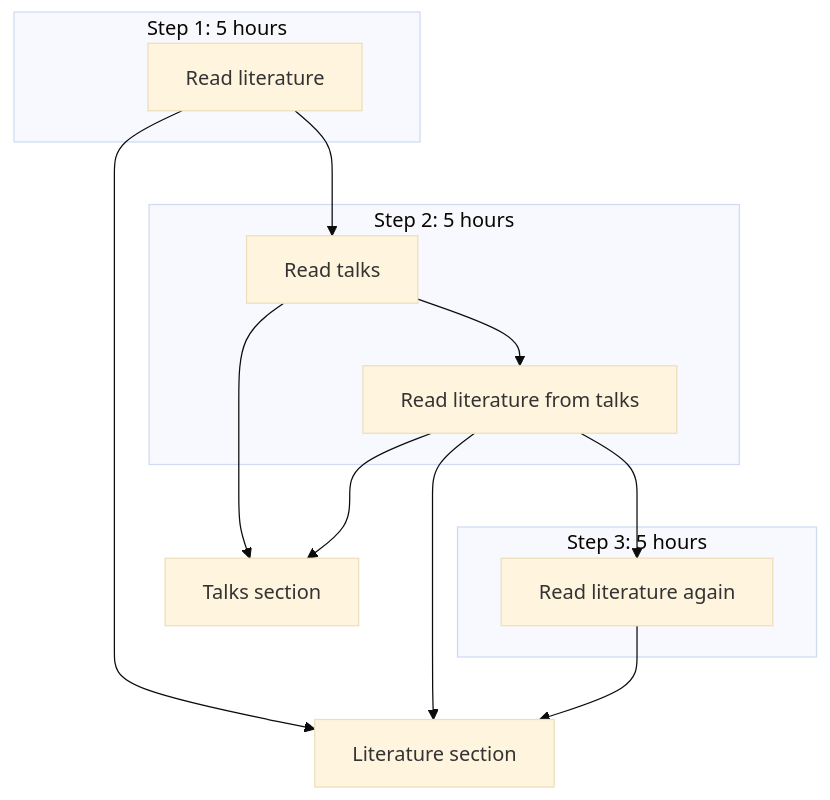
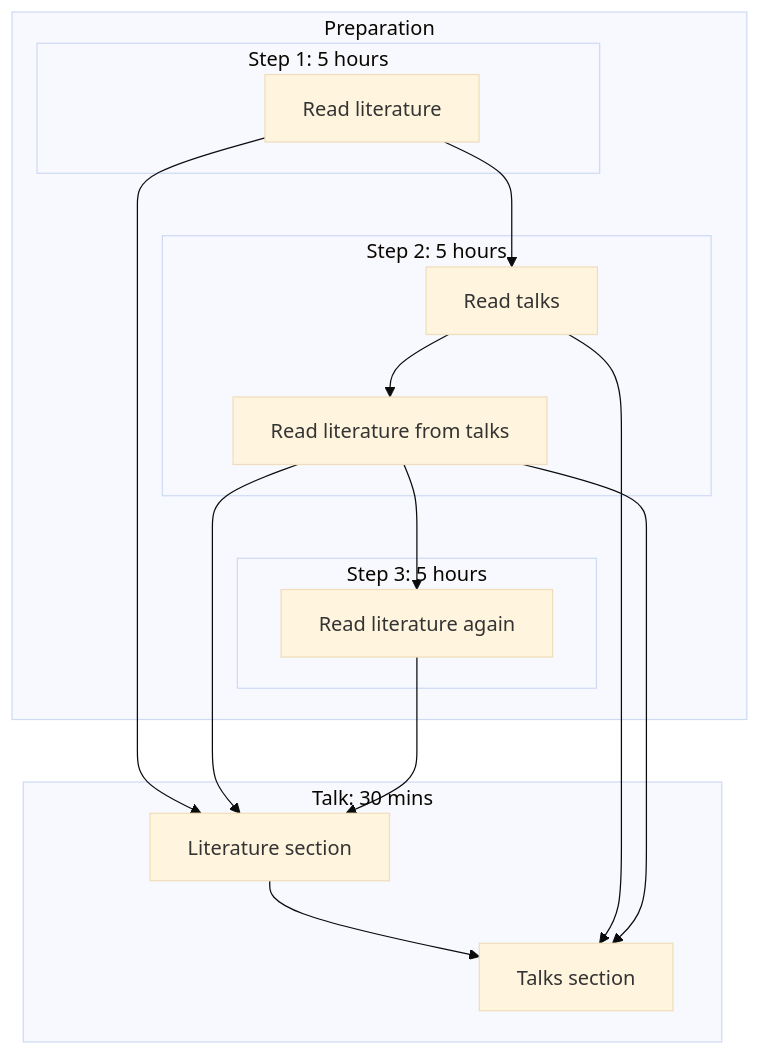
Before and after one commit to richelbilderbeek/open_science_presentation_enlight_20240228: the diagram in README.md, drawn with Mermaid (base theme). The commit also changed 2 other files, not shown here.

````diff
--- a/README.md
+++ b/README.md
@@ -28,24 +28,29 @@
 ```mermaid
 flowchart TD
-  subgraph step_1[Step 1: 5 hours]
-    read_literature[Read literature]
+  subgraph preparation[Preparation]
+    subgraph step_1[Step 1: 5 hours]
+      read_literature[Read literature]
+    end
+    subgraph step_2[Step 2: 5 hours]
+      read_talks[Read talks]
+      read_literature_from_talks[Read literature from talks]
+    end
+    subgraph step_3[Step 3: 5 hours]
+      read_literature_again[Read literature again]
+    end
   end
-  subgraph step_2[Step 2: 5 hours]
-    read_talks[Read talks]
-    read_literature_from_talks[Read literature from talks]
+  subgraph talk[Talk: 30 mins]
+    literature_section[Literature section]
+    talk_section[Talks section]
+    literature_section --> talk_section
   end
-  subgraph step_3[Step 3: 5 hours]
-    read_literature_again[Read literature again]
-  end
-  literature_section[Literature section]
-  talk_section[Talks section]
 
   read_literature --> literature_section
   read_literature --> read_talks
   read_talks --> talk_section
   read_talks --> read_literature_from_talks
   read_literature_from_talks --> read_literature_again
   read_literature_from_talks --> talk_section
   read_literature_from_talks --> literature_section
   read_literature_again --> literature_section
 ```
````
